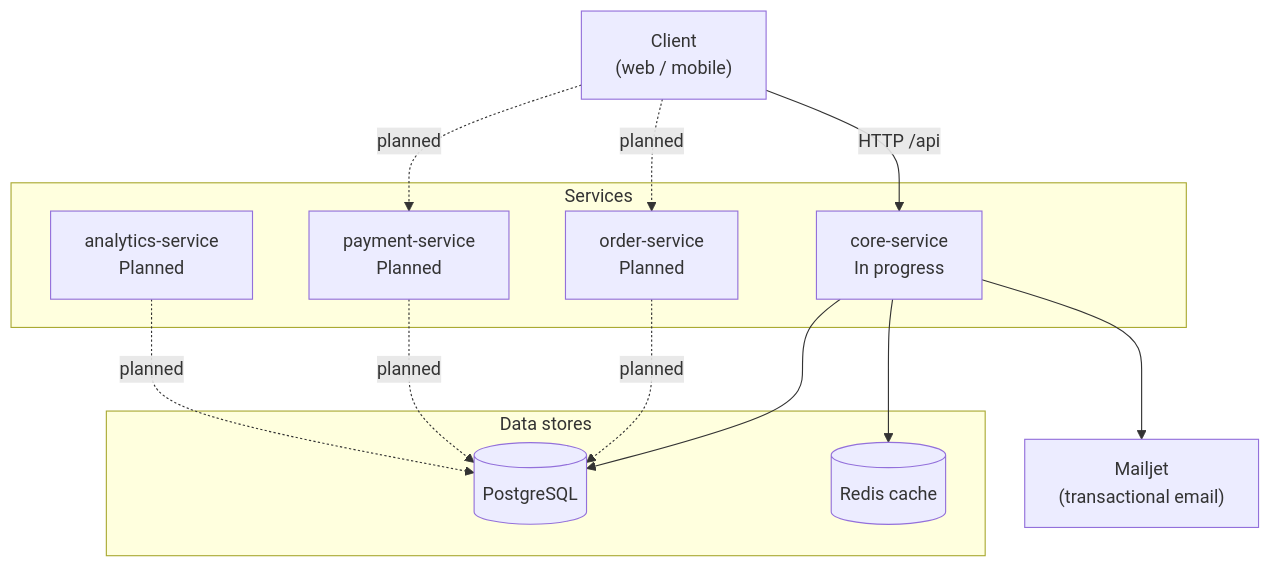
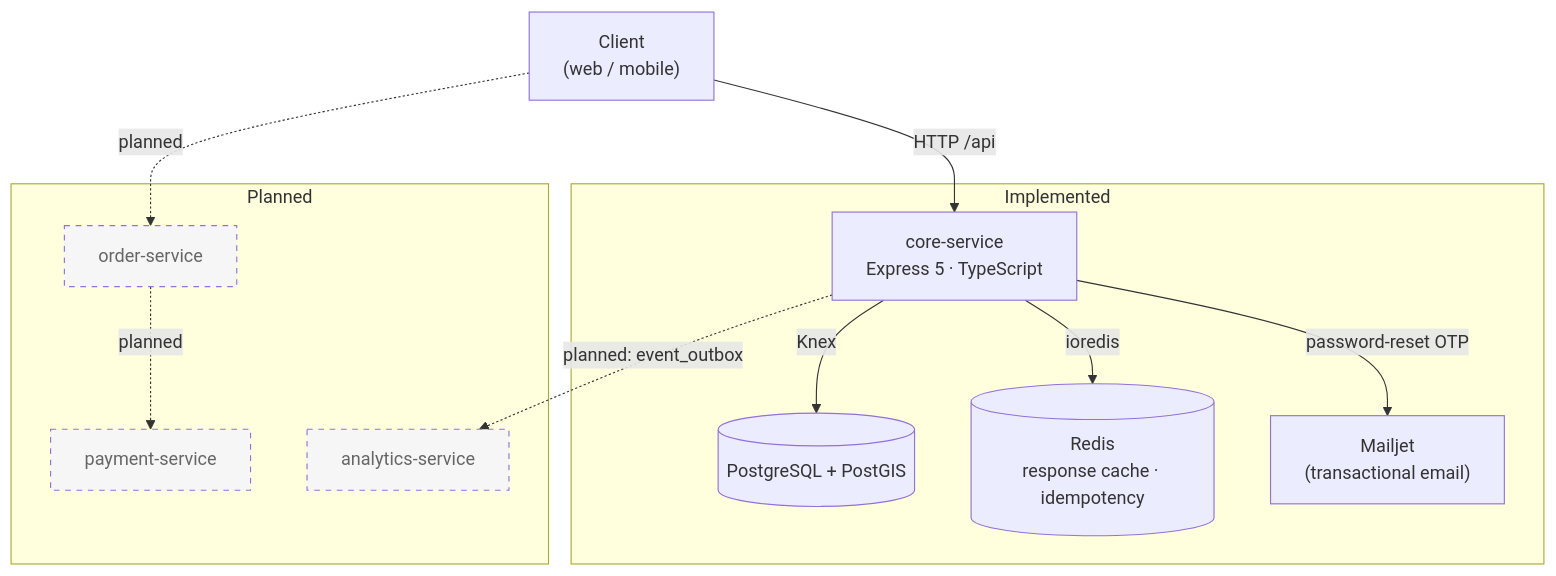
The diagram in README.md (dodmedhat6-glitch/foodOrderingApp), drawn with Mermaid before and after one commit. The commit also changed other lines of this file, not shown here.

First line of the commit message:
docs: rewrite README to match the verified state of core-service

````diff
--- a/README.md
+++ b/README.md
@@ -22,30 +73,29 @@
 ```mermaid
 flowchart TB
     Client["Client<br/>(web / mobile)"]
 
-    subgraph Services["Services"]
-        Core["core-service<br/>In progress"]
-        Order["order-service<br/>Planned"]
-        Payment["payment-service<br/>Planned"]
-        Analytics["analytics-service<br/>Planned"]
+    subgraph Implemented["Implemented"]
+        Core["core-service<br/>Express 5 · TypeScript"]
+        PG[("PostgreSQL + PostGIS")]
+        Redis[("Redis<br/>response cache · idempotency")]
+        Mailjet["Mailjet<br/>(transactional email)"]
     end
 
-    subgraph Data["Data stores"]
-        PG[("PostgreSQL")]
-        Redis[("Redis cache")]
+    subgraph Planned["Planned"]
+        Order["order-service"]
+        Payment["payment-service"]
+        Analytics["analytics-service"]
     end
 
-    Mailjet["Mailjet<br/>(transactional email)"]
+    Client -->|"HTTP /api"| Core
+    Core -->|Knex| PG
+    Core -->|ioredis| Redis
+    Core -->|password-reset OTP| Mailjet
 
-    Client -->|"HTTP /api"| Core
     Client -.->|planned| Order
-    Client -.->|planned| Payment
+    Order -.->|planned| Payment
+    Core -.->|"planned: event_outbox"| Analytics
 
-    Core --> PG
-    Core --> Redis
-    Core --> Mailjet
-
-    Order -.->|planned| PG
-    Payment -.->|planned| PG
-    Analytics -.->|planned| PG
+    classDef planned stroke-dasharray: 5 5,fill:#f6f6f6,color:#666;
+    class Order,Payment,Analytics planned;
 ```
````
